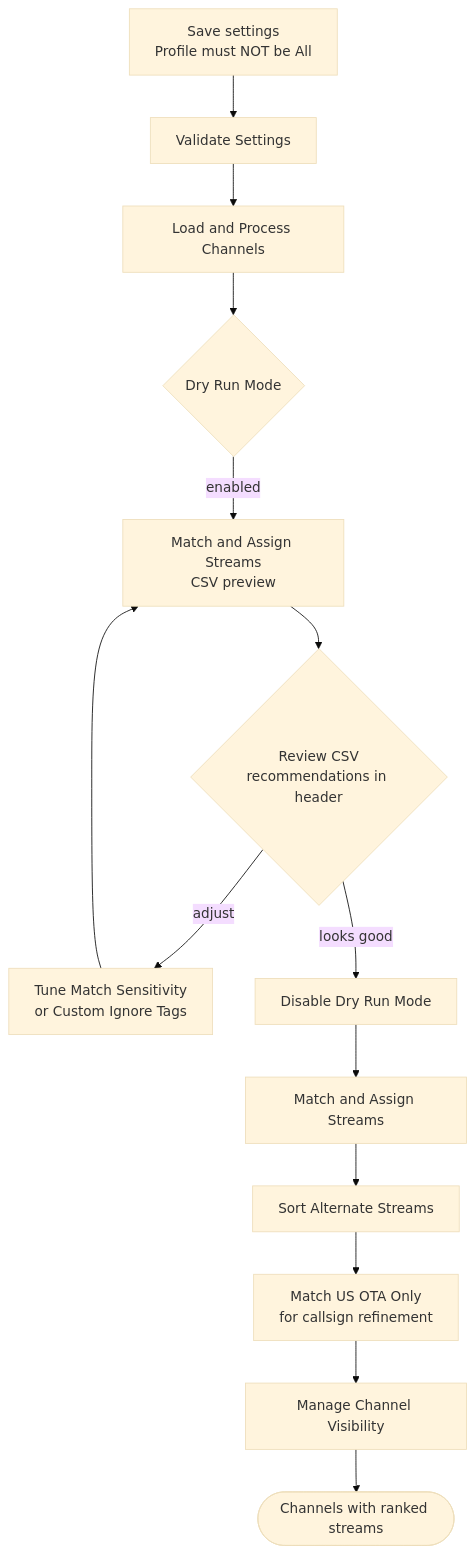
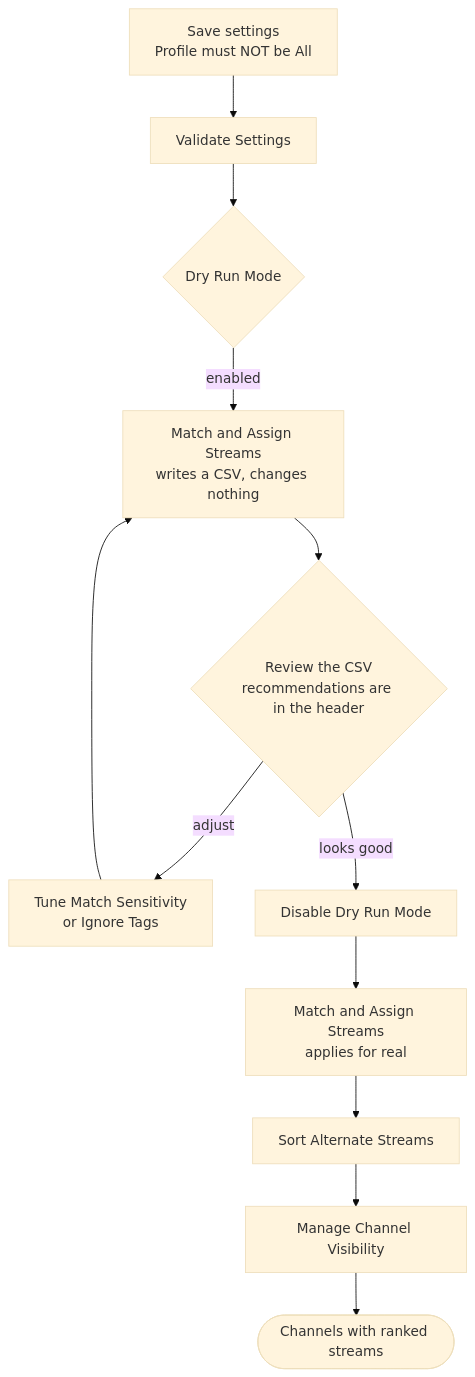
Before and after one commit to PiratesIRC/Dispatcharr-Plugin-Workflow: the diagram in docs/workflow/03-stream-mapparr.md, drawn with Mermaid (base theme). The commit also changed other lines of this file and 9 other files, not shown here.

````diff
--- a/docs/workflow/03-stream-mapparr.md
+++ b/docs/workflow/03-stream-mapparr.md
@@ -14,16 +23,14 @@
 ```mermaid
 flowchart TD
     A["Save settings<br/>Profile must NOT be All"] --> B["Validate Settings"]
-    B --> C["Load and Process Channels"]
-    C --> D{"Dry Run Mode"}
-    D -->|enabled| E["Match and Assign Streams<br/>CSV preview"]
-    E --> F{"Review CSV<br/>recommendations in header"}
-    F -->|adjust| G["Tune Match Sensitivity<br/>or Custom Ignore Tags"]
+    B --> D{"Dry Run Mode"}
+    D -->|enabled| E["Match and Assign Streams<br/>writes a CSV, changes nothing"]
+    E --> F{"Review the CSV<br/>recommendations are in the header"}
+    F -->|adjust| G["Tune Match Sensitivity<br/>or Ignore Tags"]
     G --> E
     F -->|looks good| H["Disable Dry Run Mode"]
-    H --> I["Match and Assign Streams"]
+    H --> I["Match and Assign Streams<br/>applies for real"]
     I --> J["Sort Alternate Streams"]
-    J --> K["Match US OTA Only<br/>for callsign refinement"]
-    K --> L["Manage Channel Visibility"]
+    J --> L["Manage Channel Visibility"]
     L --> Z(["Channels with ranked streams"])
 ```
````
